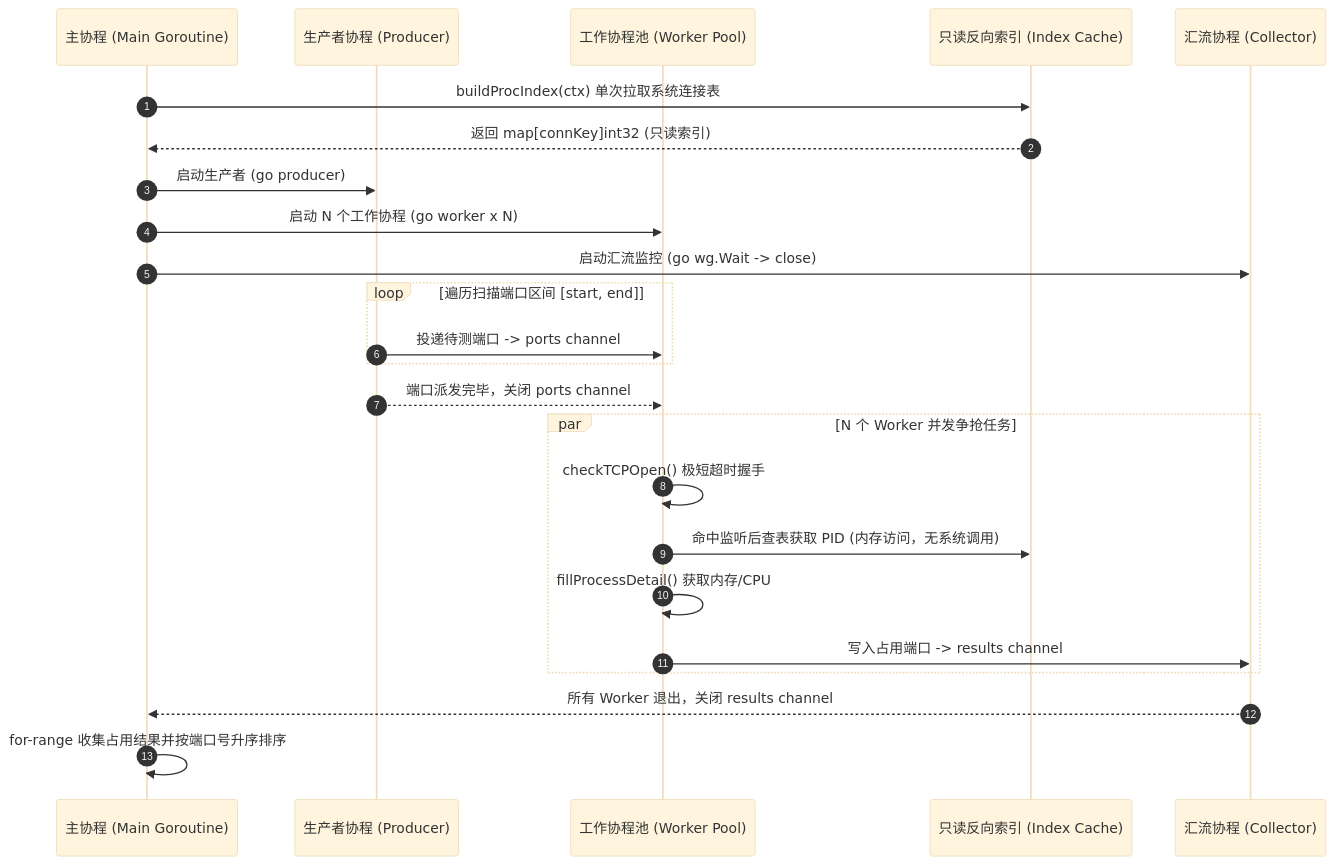
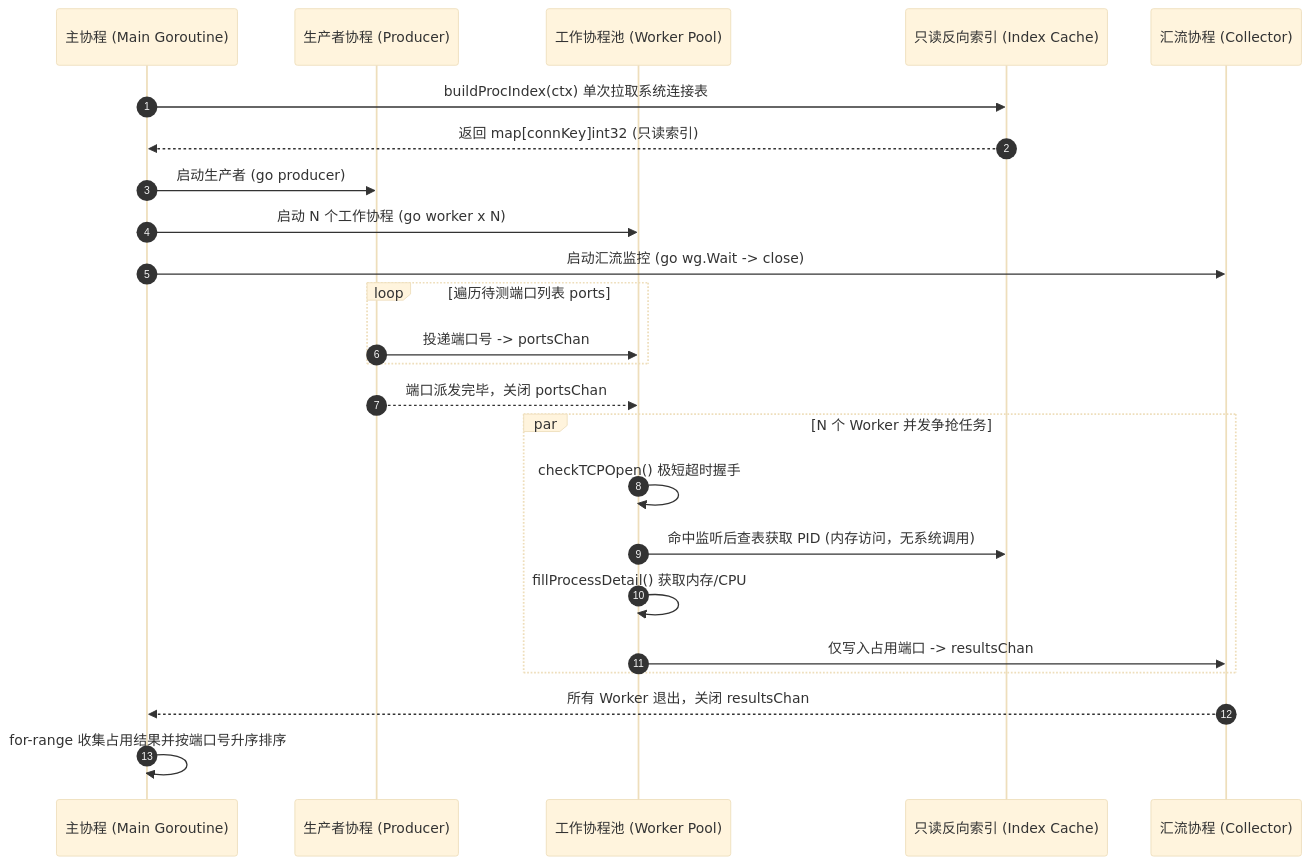
The second of 2 diagrams in README.md (EquityQ/port-detective), drawn with Mermaid (base theme) before and after one commit. The commit also changed other lines of this file and 8 other files, not shown here.

````diff
--- a/README.md
+++ b/README.md
@@ -77,30 +78,30 @@
 ```mermaid
 sequenceDiagram
     autonumber
     participant Main as 主协程 (Main Goroutine)
     participant Producer as 生产者协程 (Producer)
     participant Pool as 工作协程池 (Worker Pool)
     participant Index as 只读反向索引 (Index Cache)
     participant Collector as 汇流协程 (Collector)
 
     Main->>Index: buildProcIndex(ctx) 单次拉取系统连接表
     Index-->>Main: 返回 map[connKey]int32 (只读索引)
     Main->>Producer: 启动生产者 (go producer)
     Main->>Pool: 启动 N 个工作协程 (go worker x N)
     Main->>Collector: 启动汇流监控 (go wg.Wait -> close)
 
-    loop 遍历扫描端口区间 [start, end]
-        Producer->>Pool: 投递待测端口 -> ports channel
+    loop 遍历待测端口列表 ports
+        Producer->>Pool: 投递端口号 -> portsChan
     end
-    Producer-->>Pool: 端口派发完毕，关闭 ports channel
+    Producer-->>Pool: 端口派发完毕，关闭 portsChan
 
     par N 个 Worker 并发争抢任务
         Pool->>Pool: checkTCPOpen() 极短超时握手
         Pool->>Index: 命中监听后查表获取 PID (内存访问，无系统调用)
         Pool->>Pool: fillProcessDetail() 获取内存/CPU
-        Pool->>Collector: 写入占用端口 -> results channel
+        Pool->>Collector: 仅写入占用端口 -> resultsChan
     end
 
-    Collector-->>Main: 所有 Worker 退出，关闭 results channel
+    Collector-->>Main: 所有 Worker 退出，关闭 resultsChan
     Main->>Main: for-range 收集占用结果并按端口号升序排序
 ```
````
